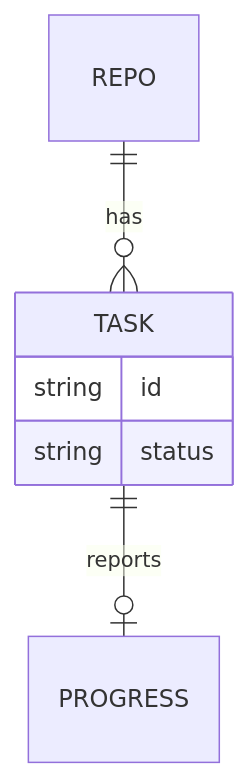
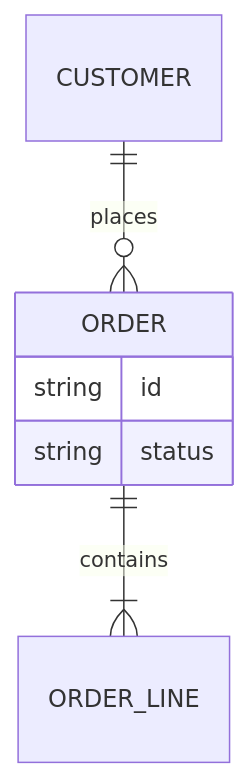
The fifth of 10 diagrams in skills/block-research/references/diagrams.md (Lukdrasil/claude-factory), drawn with Mermaid before and after one commit. The commit also changed other lines of this file and 48 other files, not shown here.

````diff
--- a/skills/block-research/references/diagrams.md
+++ b/skills/block-research/references/diagrams.md
@@ -63,9 +63,9 @@
 ```mermaid
 erDiagram
-    REPO ||--o{ TASK : has
-    TASK ||--o| PROGRESS : reports
-    TASK {
+    CUSTOMER ||--o{ ORDER : places
+    ORDER ||--|{ ORDER_LINE : contains
+    ORDER {
         string id
         string status
     }
 ```
````
